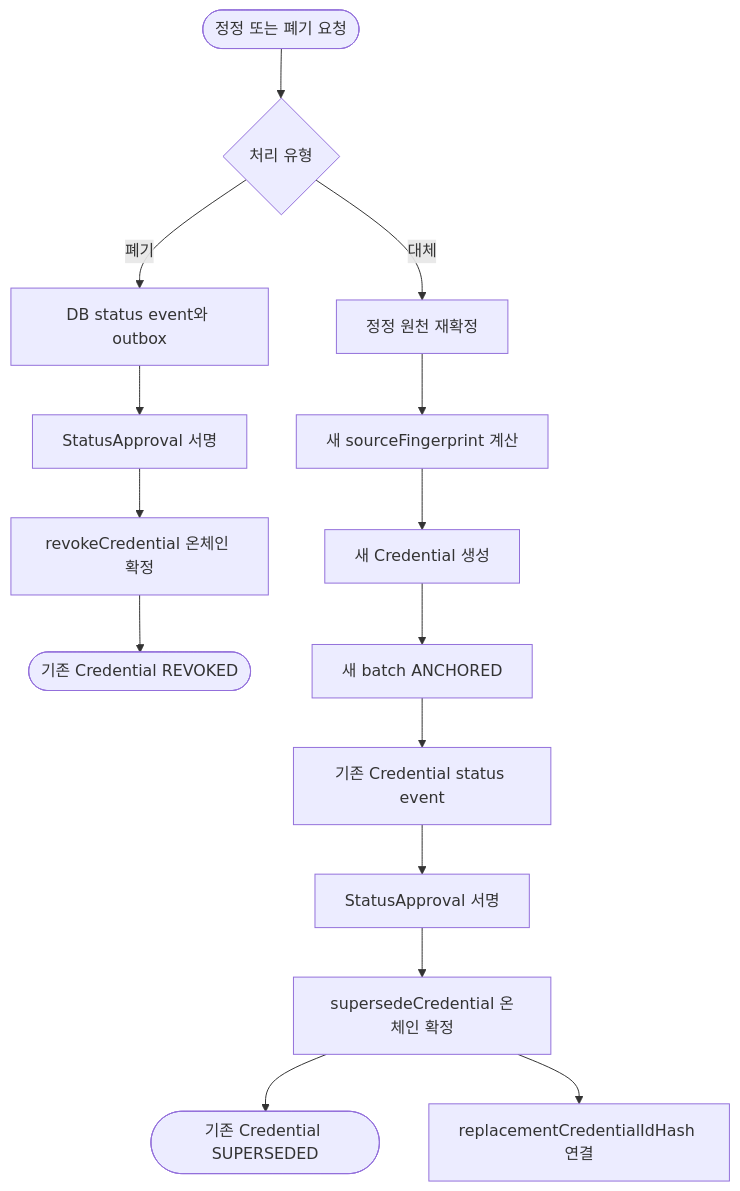
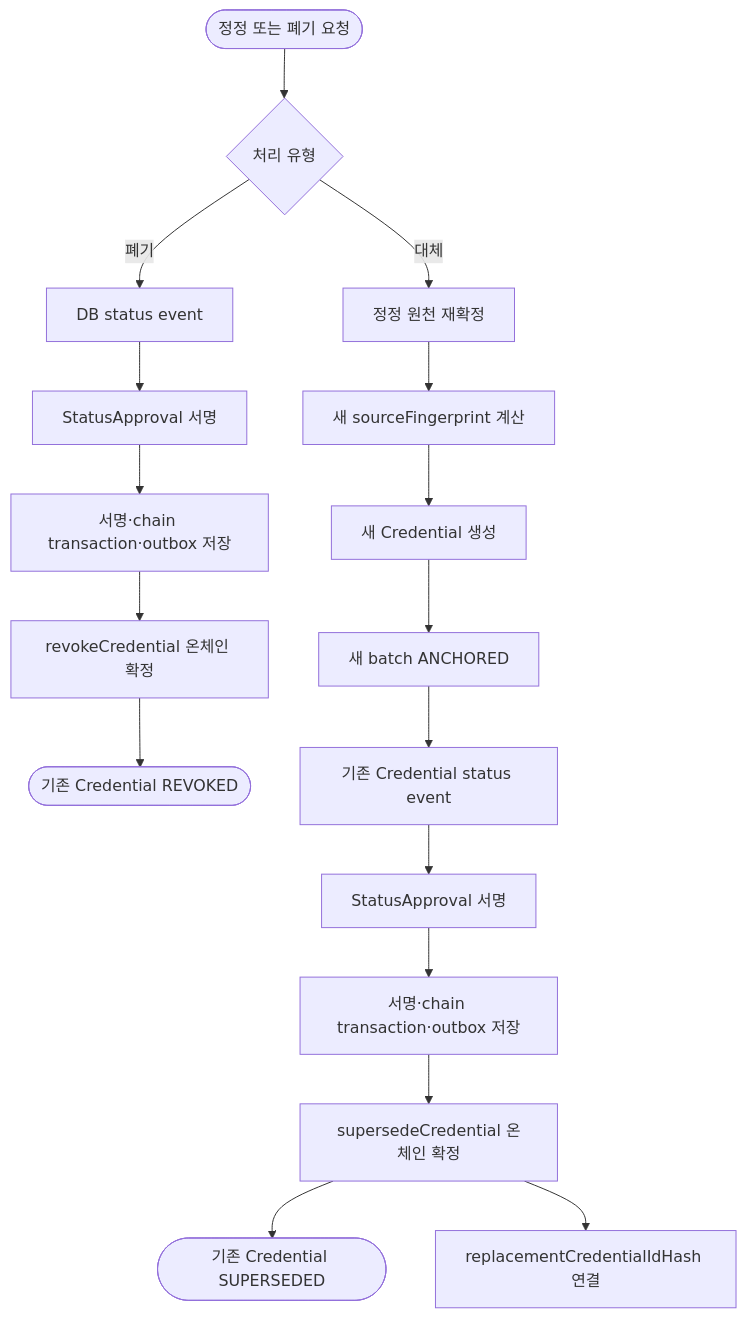
One commit to Tok-Baro/Trekkey_BackEnd changed diagram 18 of 22 in docs/architecture-diagrams.md. Above: the diagram before and after it, drawn with Mermaid. The commit also changed other lines of this file and 123 other files, not shown here.

````diff
--- a/docs/architecture-diagrams.md
+++ b/docs/architecture-diagrams.md
@@ -494,19 +499,21 @@
 ```mermaid
 flowchart TD
     changeRequest(["정정 또는 폐기 요청"]) --> action{"처리 유형"}
 
-    action -->|"폐기"| revokeEvent["DB status event와 outbox"]
+    action -->|"폐기"| revokeEvent["DB status event"]
     revokeEvent --> revokeSign["StatusApproval 서명"]
-    revokeSign --> revokeChain["revokeCredential 온체인 확정"]
+    revokeSign --> revokeOutbox["서명·chain transaction·outbox 저장"]
+    revokeOutbox --> revokeChain["revokeCredential 온체인 확정"]
     revokeChain --> revokedState(["기존 Credential REVOKED"])
 
     action -->|"대체"| correctedSource["정정 원천 재확정"]
     correctedSource --> fingerprint["새 sourceFingerprint 계산"]
     fingerprint --> newCredential["새 Credential 생성"]
     newCredential --> newAnchor["새 batch ANCHORED"]
     newAnchor --> supersedeEvent["기존 Credential status event"]
     supersedeEvent --> supersedeSign["StatusApproval 서명"]
-    supersedeSign --> supersedeChain["supersedeCredential 온체인 확정"]
+    supersedeSign --> supersedeOutbox["서명·chain transaction·outbox 저장"]
+    supersedeOutbox --> supersedeChain["supersedeCredential 온체인 확정"]
     supersedeChain --> oldState(["기존 Credential SUPERSEDED"])
     supersedeChain --> replacement["replacementCredentialIdHash 연결"]
 ```
````
